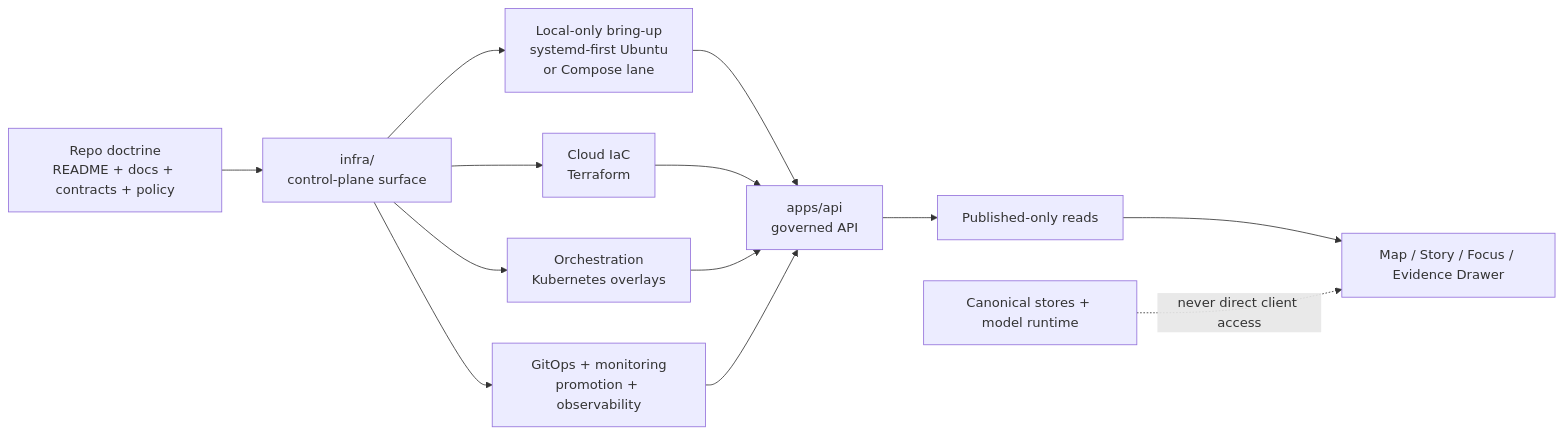
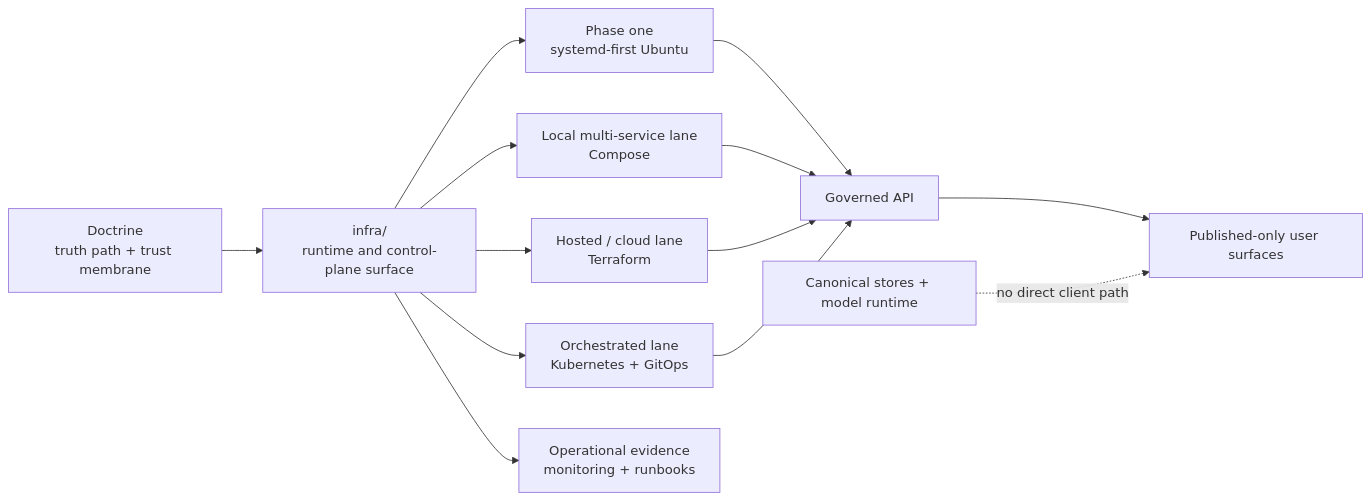
One commit to bartytime4life/Kansas-Frontier-Matrix changed the diagram in infra/README.md. Above: the diagram before and after it, drawn with Mermaid. The commit also changed other lines of this file, not shown here.

````diff
--- a/infra/README.md
+++ b/infra/README.md
@@ -214,19 +222,18 @@
 ```mermaid
 flowchart LR
-    A[Repo doctrine<br/>README + docs + contracts + policy] --> B[infra/<br/>control-plane surface]
+    A[Doctrine<br/>truth path + trust membrane] --> B[infra/<br/>runtime and control-plane surface]
 
-    B --> C1[Local-only bring-up<br/>systemd-first Ubuntu<br/>or Compose lane]
-    B --> C2[Cloud IaC<br/>Terraform]
-    B --> C3[Orchestration<br/>Kubernetes overlays]
-    B --> C4[GitOps + monitoring<br/>promotion + observability]
+    B --> C1[Phase one<br/>systemd-first Ubuntu]
+    B --> C2[Local multi-service lane<br/>Compose]
+    B --> C3[Hosted / cloud lane<br/>Terraform]
+    B --> C4[Orchestrated lane<br/>Kubernetes + GitOps]
+    B --> C5[Operational evidence<br/>monitoring + runbooks]
 
-    C1 --> D[apps/api<br/>governed API]
+    C1 --> D[Governed API]
     C2 --> D
     C3 --> D
     C4 --> D
 
-    D --> E[Published-only reads]
-    E --> F[Map / Story / Focus / Evidence Drawer]
-
-    X[Canonical stores + model runtime] -. never direct client access .-> F
+    D --> E[Published-only user surfaces]
+    X[Canonical stores + model runtime] -. no direct client path .-> E
 ```
````
